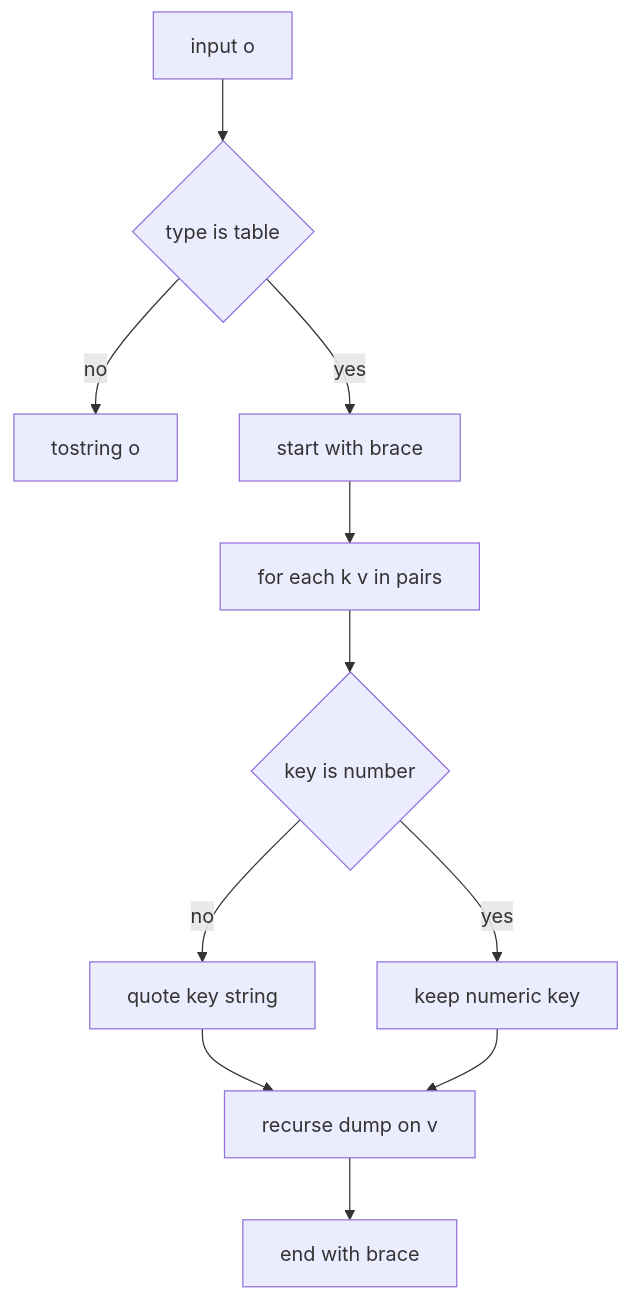
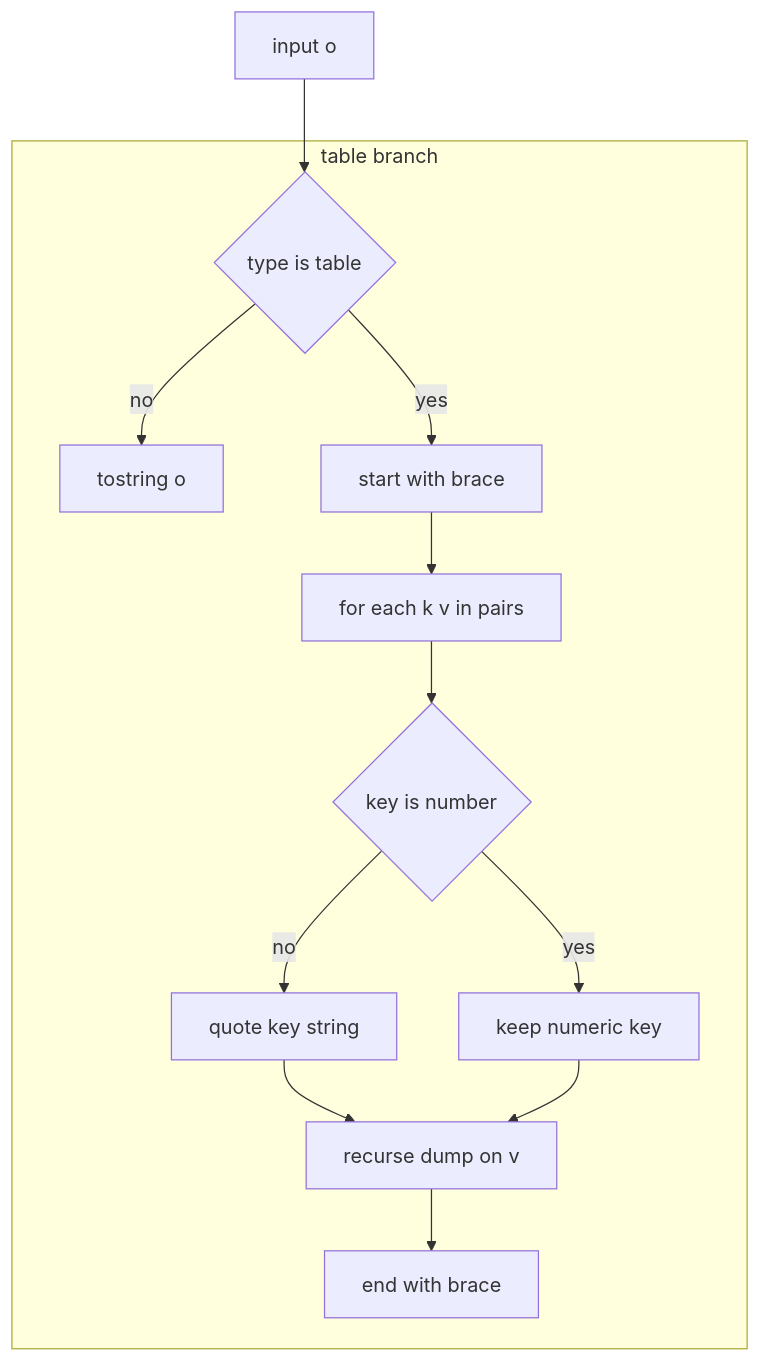
Before and after one commit to Gh0st352/AETHR: the diagram in docs/io/dump.md, drawn with Mermaid. The commit also changed other lines of this file and 5 other files, not shown here.

First line of the commit message:
docs(io): restructure Mermaid diagrams, add subgraphs & classes

````diff
--- a/docs/io/dump.md
+++ b/docs/io/dump.md
@@ -28,13 +28,20 @@
 ```mermaid
+%% shared theme: docs/_mermaid/theme.json %%
 flowchart TD
   IN[input o] --> TYP{type is table}
-  TYP -->|no| STR[tostring o]
-  TYP -->|yes| OPEN[start with brace]
-  OPEN --> LOOP[for each k v in pairs]
-  LOOP --> KEY{key is number}
-  KEY -->|no| QK[quote key string]
-  KEY -->|yes| NK[keep numeric key]
-  QK --> REC[recurse dump on v]
-  NK --> REC
-  REC --> APP[end with brace]
+  subgraph "table branch"
+    TYP -->|no| STR[tostring o]
+    TYP -->|yes| OPEN[start with brace]
+    OPEN --> LOOP[for each k v in pairs]
+    LOOP --> KEY{key is number}
+    KEY -->|no| QK[quote key string]
+    KEY -->|yes| NK[keep numeric key]
+    QK --> REC[recurse dump on v]
+    NK --> REC
+    REC --> APP[end with brace]
+  end
+  class TYP,KEY class_decision;
+  class IN,STR,OPEN,LOOP,QK,NK class_step;
+  class REC class_compute;
+  class APP class_result;
 ```
````
